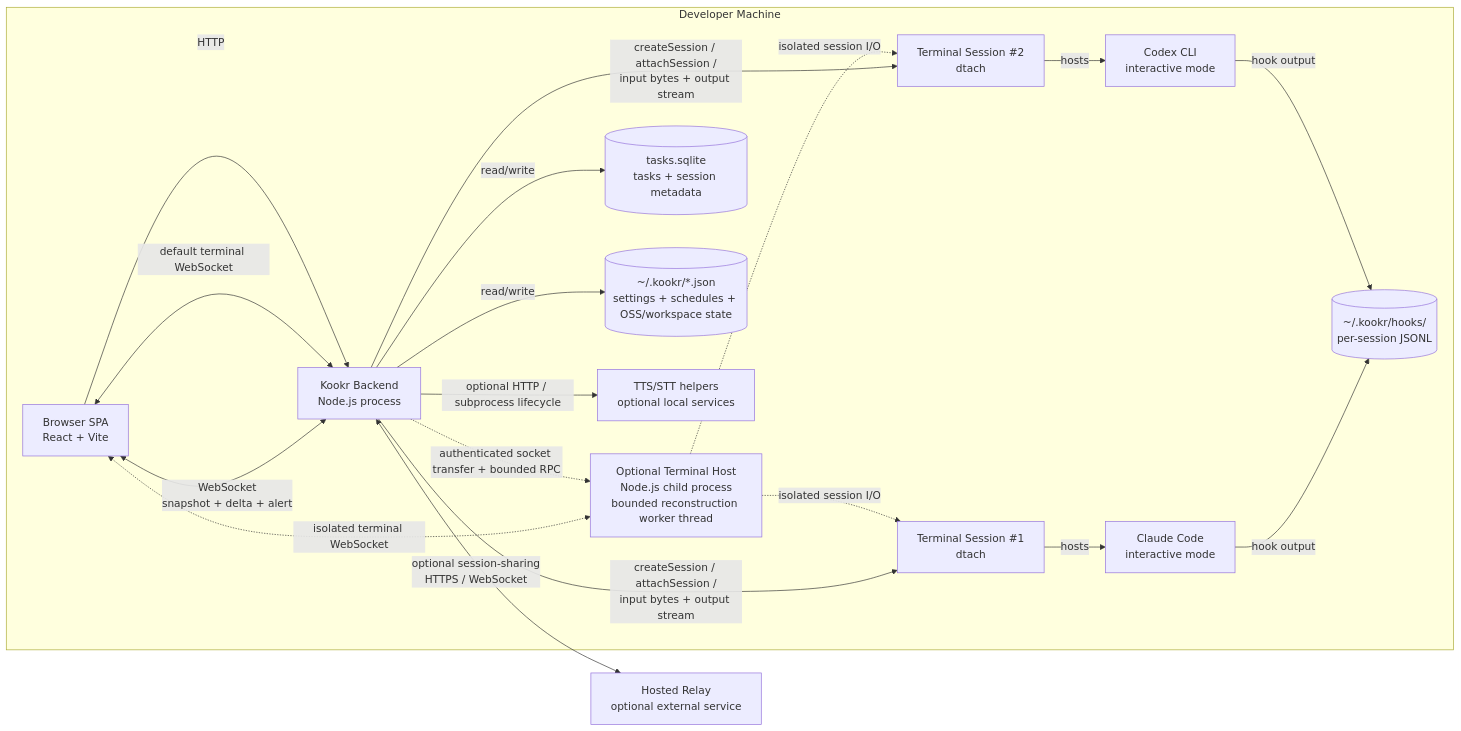
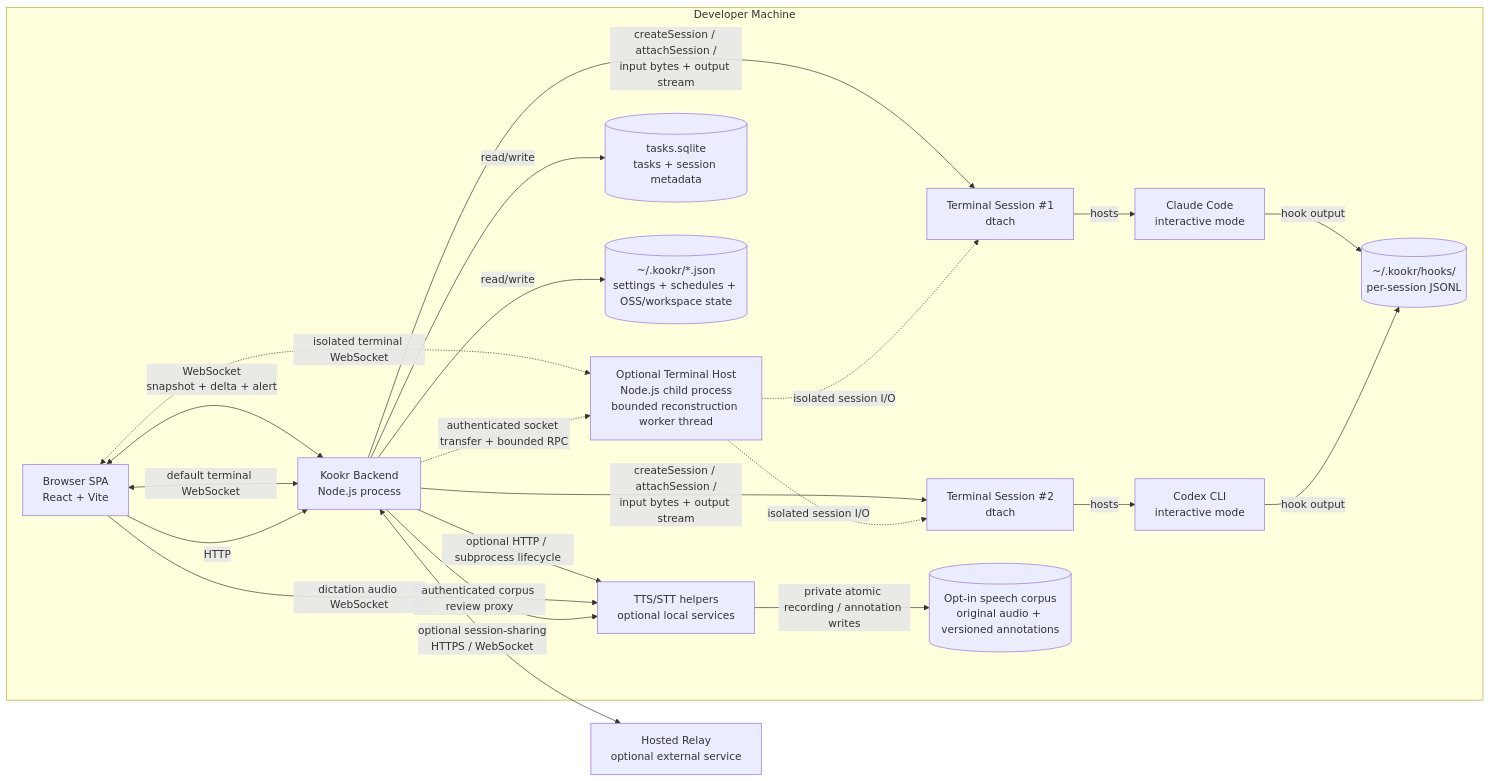
Before and after one commit to kookr-ai/kookr: the diagram in docs/system-models/03-container-view.md, drawn with Mermaid. The commit also changed other lines of this file and 58 other files, not shown here.

First line of the commit message:
feat: retain dictation edits and review the local audio corpus (#3375)

````diff
--- a/docs/system-models/03-container-view.md
+++ b/docs/system-models/03-container-view.md
@@ -9,36 +9,40 @@
 ```mermaid
 flowchart LR
   subgraph Developer Machine
     Browser[Browser SPA<br/>React + Vite]
     Backend[Kookr Backend<br/>Node.js process]
     Host[Optional Terminal Host<br/>Node.js child process<br/>bounded reconstruction worker thread]
     Term1[Terminal Session #1<br/>dtach]
     Term2[Terminal Session #2<br/>dtach]
     CC[Claude Code<br/>interactive mode]
     Codex[Codex CLI<br/>interactive mode]
     TasksFile[(tasks.sqlite\ntasks + session metadata)]
     StateFiles[(~/.kookr/*.json\nsettings + schedules + OSS/workspace state)]
     HooksDir[(~/.kookr/hooks/\nper-session JSONL)]
     STT[TTS/STT helpers<br/>optional local services]
+    Corpus[(Opt-in speech corpus<br/>original audio + versioned annotations)]
   end
   HostedRelay[Hosted Relay<br/>optional external service]
 
   Browser <-->|"WebSocket<br/>snapshot + delta + alert"| Backend
   Browser <-->|"default terminal WebSocket"| Backend
   Browser <-.->|"isolated terminal WebSocket"| Host
   Backend -.->|"authenticated socket transfer + bounded RPC"| Host
   Browser -->|"HTTP"| Backend
 
   Backend -->|"createSession / attachSession /<br/>input bytes + output stream"| Term1
   Backend -->|"createSession / attachSession /<br/>input bytes + output stream"| Term2
   Host -.->|"isolated session I/O"| Term1
   Host -.->|"isolated session I/O"| Term2
   Term1 -->|"hosts"| CC
   Term2 -->|"hosts"| Codex
   Backend -->|"read/write"| TasksFile
   Backend -->|"read/write"| StateFiles
   CC -->|"hook output"| HooksDir
   Codex -->|"hook output"| HooksDir
   Backend -->|"optional HTTP / subprocess lifecycle"| STT
+  Browser -->|"dictation audio WebSocket"| STT
+  Backend -->|"authenticated corpus review proxy"| STT
+  STT -->|"private atomic recording / annotation writes"| Corpus
   Backend <-->|"optional session-sharing<br/>HTTPS / WebSocket"| HostedRelay
 ```
````
